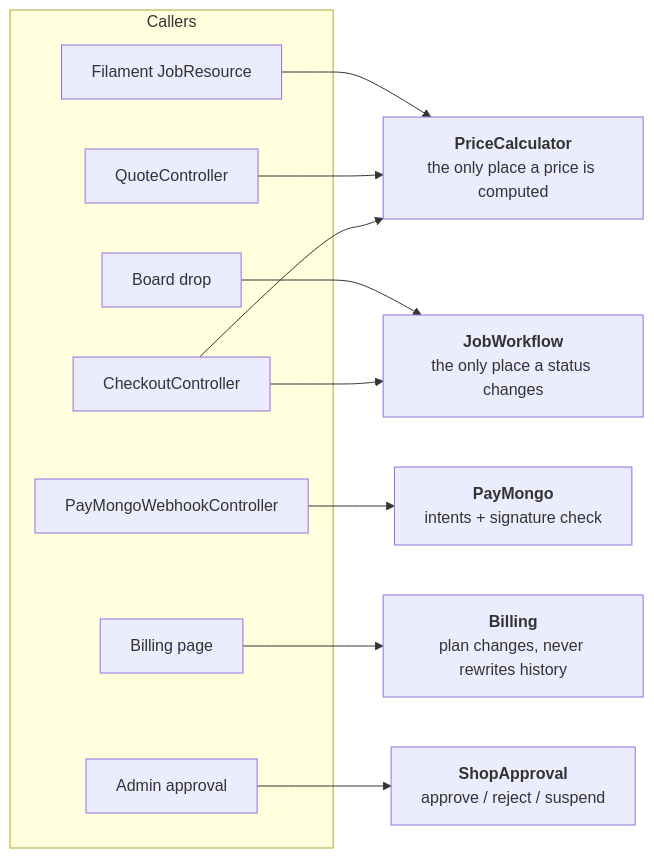
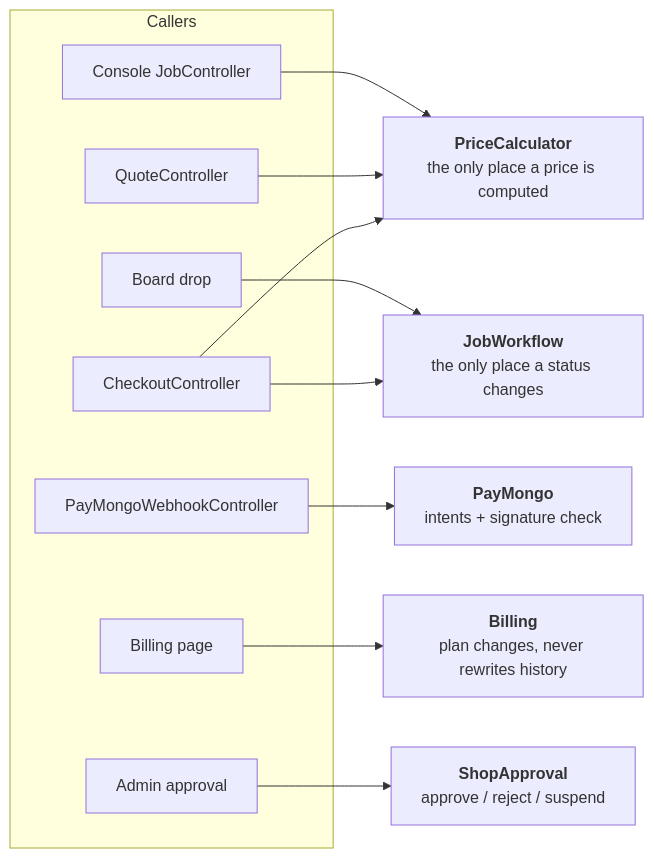
One commit to pasinosvictorianodyanna-hub/TarpaLink changed the third of 7 diagrams in docs/ARCHITECTURE.md. Above: the diagram before and after it, drawn with Mermaid. The commit also changed other lines of this file and 35 other files, not shown here.

````diff
--- a/docs/ARCHITECTURE.md
+++ b/docs/ARCHITECTURE.md
@@ -99,27 +106,27 @@
 ```mermaid
 flowchart LR
     subgraph Callers
         c1["CheckoutController"]
         c2["QuoteController"]
-        c3["Filament JobResource"]
+        c3["Console JobController"]
         c4["Board drop"]
         c5["PayMongoWebhookController"]
         c6["Billing page"]
         c7["Admin approval"]
     end
 
     PC["<b>PriceCalculator</b><br/>the only place a price is computed"]
     JW["<b>JobWorkflow</b><br/>the only place a status changes"]
     PM["<b>PayMongo</b><br/>intents + signature check"]
     BL["<b>Billing</b><br/>plan changes, never rewrites history"]
     SA["<b>ShopApproval</b><br/>approve / reject / suspend"]
 
     c1 --> PC
     c2 --> PC
     c3 --> PC
     c1 --> JW
     c4 --> JW
     c5 --> PM
     c6 --> BL
     c7 --> SA
 ```
````
